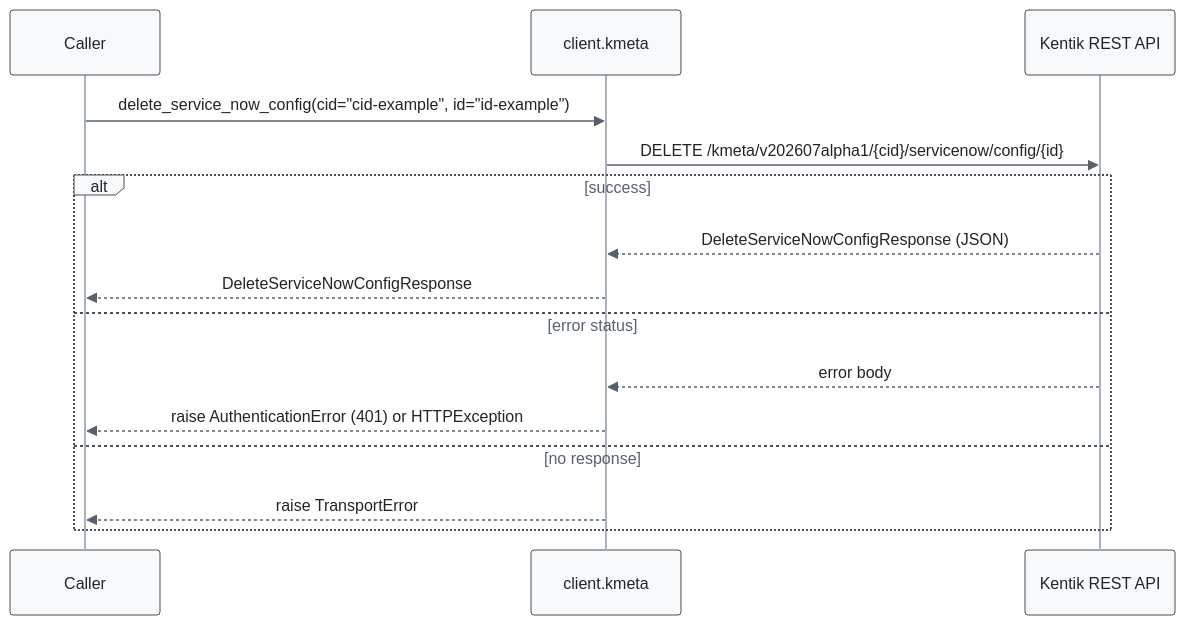
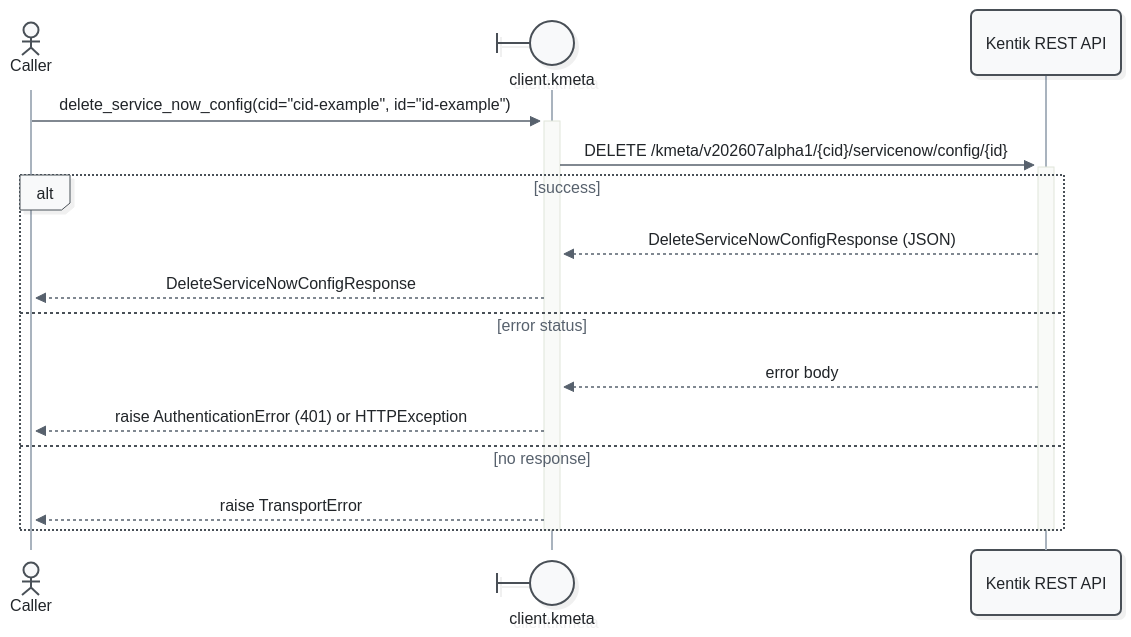
One commit to alexdearaujo/community_sdk_python changed the ninth of 11 diagrams in docs/sphinx/services/kmeta.md. Above: the diagram before and after it, drawn with Mermaid. The commit also changed other lines of this file and 52 other files, not shown here.

First line of the commit message:
docs: Mermaid 12 sequence diagrams with participant types and path colors

````diff
--- a/docs/sphinx/services/kmeta.md
+++ b/docs/sphinx/services/kmeta.md
@@ -355,19 +375,21 @@
 ```mermaid
-%%{init: {"theme": "base", "fontFamily": "ui-monospace, SFMono-Regular, Menlo, monospace", "themeVariables": {"fontFamily": "ui-monospace, SFMono-Regular, Menlo, monospace", "primaryColor": "#f8f9fa", "primaryBorderColor": "#495057", "primaryTextColor": "#212529", "textColor": "#212529", "lineColor": "#77818c", "edgeLabelBackground": "#ffffff", "actorBkg": "#f8f9fa", "actorBorder": "#495057", "actorTextColor": "#212529", "actorLineColor": "#a9b3be", "signalColor": "#57616d", "signalTextColor": "#212529", "labelBoxBkgColor": "#f8f9fa", "labelBoxBorderColor": "#495057", "labelTextColor": "#212529", "loopTextColor": "#57616d", "noteBkgColor": "#fff9db", "noteBorderColor": "#f08c00", "noteTextColor": "#a35a00"}, "flowchart": {"curve": "step", "nodeSpacing": 30, "rankSpacing": 70, "wrappingWidth": 400}}}%%
+%%{init: {"theme": "redux", "look": "neo", "layout": "dagre", "fontFamily": "ui-monospace, SFMono-Regular, Menlo, monospace", "themeVariables": {"fontFamily": "ui-monospace, SFMono-Regular, Menlo, monospace", "primaryColor": "#f8f9fa", "primaryBorderColor": "#495057", "primaryTextColor": "#212529", "textColor": "#212529", "lineColor": "#77818c", "edgeLabelBackground": "#ffffff", "actorBkg": "#f8f9fa", "actorBorder": "#495057", "actorTextColor": "#212529", "actorLineColor": "#a9b3be", "signalColor": "#57616d", "signalTextColor": "#212529", "labelBoxBkgColor": "#f8f9fa", "labelBoxBorderColor": "#495057", "labelTextColor": "#212529", "loopTextColor": "#57616d", "noteBkgColor": "#fff9db", "noteBorderColor": "#f08c00", "noteTextColor": "#a35a00"}, "sequence": {"activationWidth": 16}, "flowchart": {"curve": "step", "nodeSpacing": 30, "rankSpacing": 70, "wrappingWidth": 400}}}%%
 sequenceDiagram
-    participant C as Caller
-    participant W as client.kmeta
+    actor C as Caller
+    participant W@{ "type": "boundary" } as client.kmeta
     participant API as Kentik REST API
 
-    C->>W: delete_service_now_config(cid="cid-example", id="id-example")
-    W->>API: DELETE /kmeta/v202607alpha1/{cid}/servicenow/config/{id}
+    C->>+W: delete_service_now_config(cid="cid-example", id="id-example")
+    W->>+API: DELETE /kmeta/v202607alpha1/{cid}/servicenow/config/{id}
     alt success
         API-->>W: DeleteServiceNowConfigResponse (JSON)
         W-->>C: DeleteServiceNowConfigResponse
     else error status
         API-->>W: error body
         W-->>C: raise AuthenticationError (401) or HTTPException
     else no response
         W-->>C: raise TransportError
     end
+    deactivate API
+    deactivate W
 ```
````
